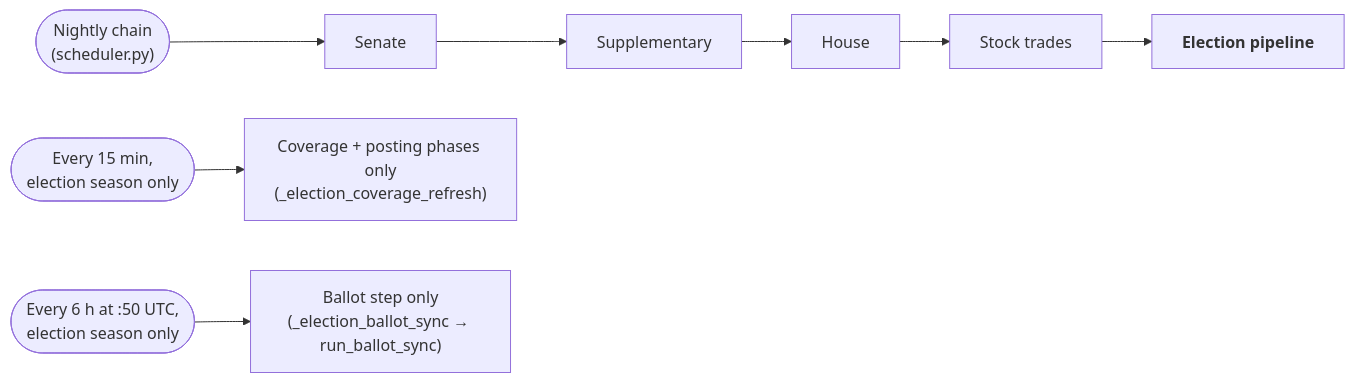
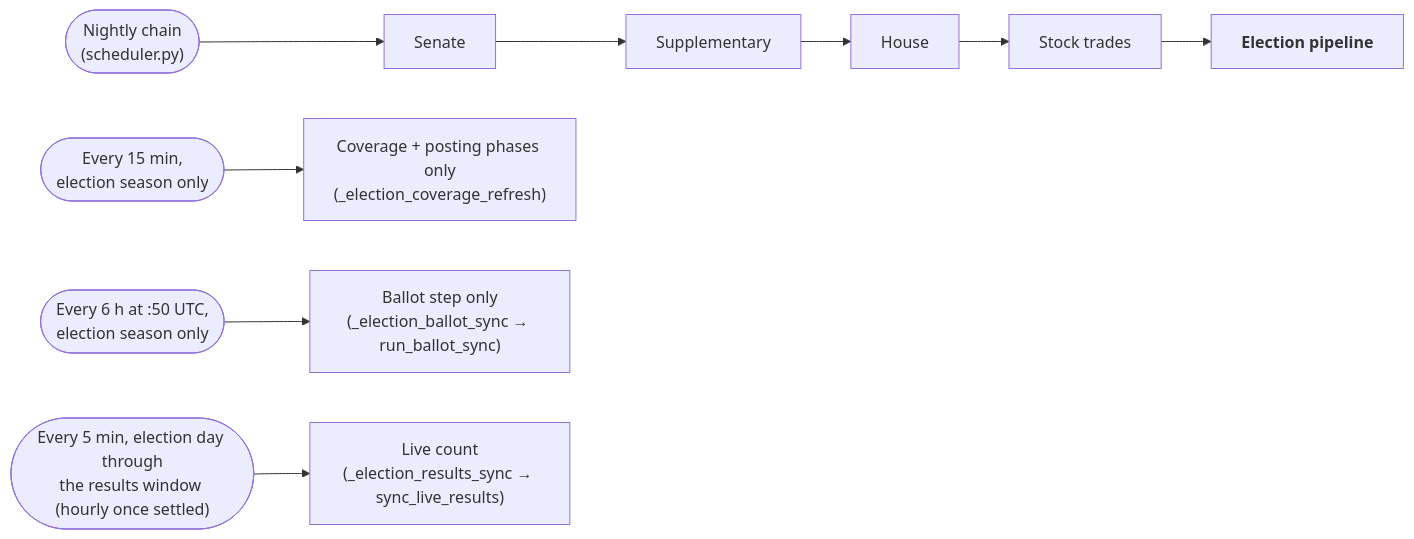
Before and after one commit to kamoras/civitas: the first of 4 diagrams in docs/diagrams/10-elections.md, drawn with Mermaid. The commit also changed other lines of this file and 53 other files, not shown here.

````diff
--- a/docs/diagrams/10-elections.md
+++ b/docs/diagrams/10-elections.md
@@ -13,6 +15,7 @@
 ```mermaid
 flowchart LR
     NIGHTLY(["Nightly chain<br/>(scheduler.py)"]) --> SEN[Senate] --> SUP[Supplementary] --> HOUSE[House] --> STOCK[Stock trades] --> ELEC["<b>Election pipeline</b>"]
     QUARTER(["Every 15 min,<br/>election season only"]) --> COV["Coverage + posting phases only<br/>(_election_coverage_refresh)"]
     SIX(["Every 6 h at :50 UTC,<br/>election season only"]) --> BAL["Ballot step only<br/>(_election_ballot_sync → run_ballot_sync)"]
+    FIVE(["Every 5 min, election day through<br/>the results window (hourly once settled)"]) --> RES["Live count<br/>(_election_results_sync → sync_live_results)"]
 ```
````
